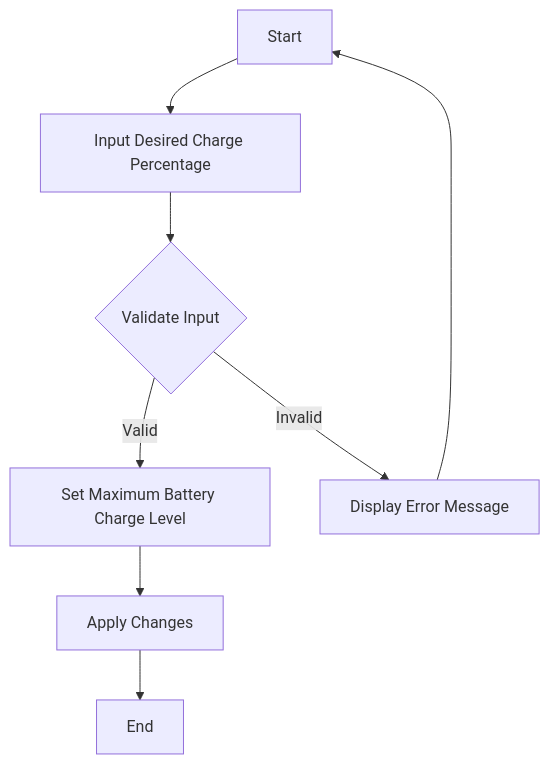
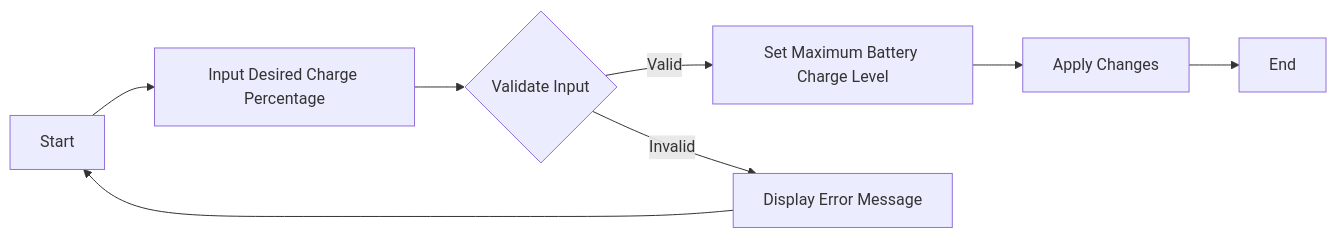
Before and after one commit to 1999AZZAR/Windows-Script-Collection: the diagram in battery limiter/readme.md, drawn with Mermaid.

````diff
--- a/battery limiter/readme.md
+++ b/battery limiter/readme.md
@@ -29,10 +29,10 @@
 ```mermaid
-graph TD
+graph LR
 A[Start] --> B[Input Desired Charge Percentage]
 B --> C{Validate Input}
 C -- Valid --> D[Set Maximum Battery Charge Level]
 C -- Invalid --> E[Display Error Message]
 D --> F[Apply Changes]
 F --> G[End]
 E --> A
 ```
````
